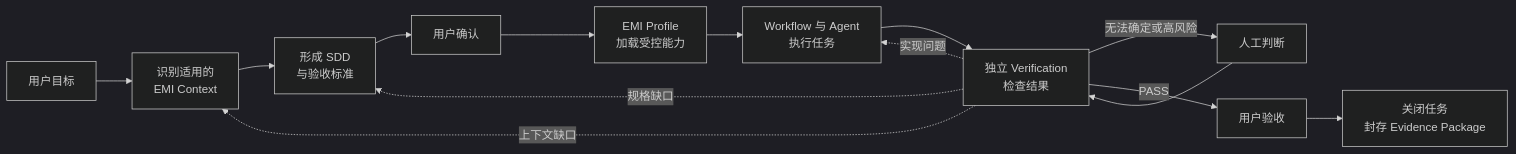
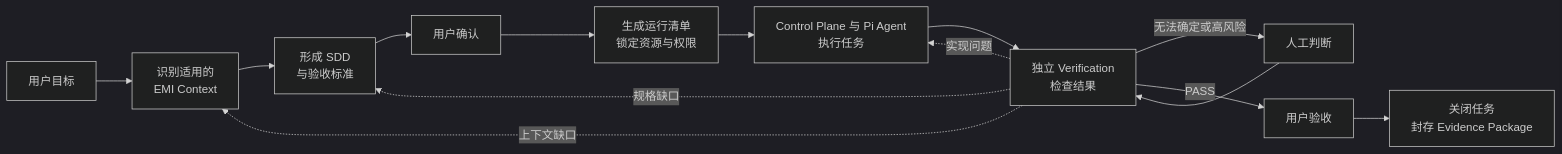
One commit to jerrywang33/emi-harness changed the first of 3 diagrams in README.md. Above: the diagram before and after it, drawn with Mermaid (dark theme). The commit also changed other lines of this file and 7 other files, not shown here.

First line of the commit message:
refactor: adopt Pi runtime with EMI control plane

````diff
--- a/README.md
+++ b/README.md
@@ -60,16 +58,16 @@
 ```mermaid
 flowchart LR
     goal["用户目标"] --> context["识别适用的<br/>EMI Context"]
     context --> sdd["形成 SDD<br/>与验收标准"]
     sdd --> approve["用户确认"]
-    approve --> compose["EMI Profile<br/>加载受控能力"]
-    compose --> execute["Workflow 与 Agent<br/>执行任务"]
+    approve --> compose["生成运行清单<br/>锁定资源与权限"]
+    compose --> execute["Control Plane 与 Pi Agent<br/>执行任务"]
     execute --> verify["独立 Verification<br/>检查结果"]
     verify -->|无法确定或高风险| human["人工判断"]
     human --> verify
     verify -->|PASS| accept["用户验收"]
     accept --> close["关闭任务<br/>封存 Evidence Package"]
     verify -. 上下文缺口 .-> context
     verify -. 规格缺口 .-> sdd
     verify -. 实现问题 .-> execute
 ```
````
